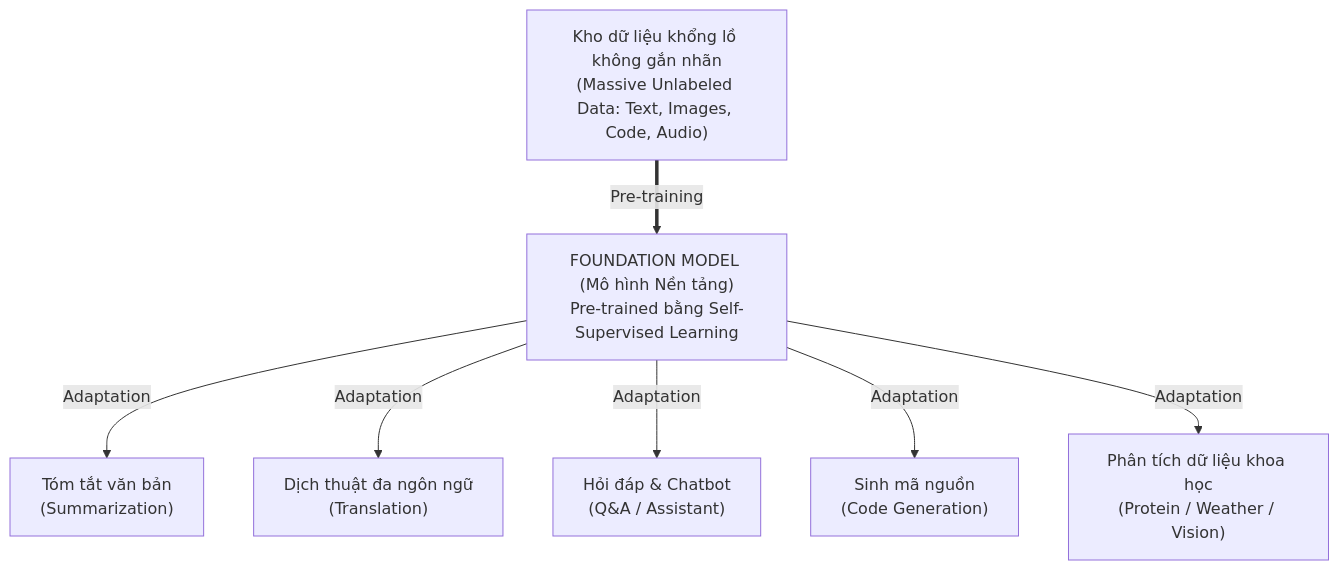
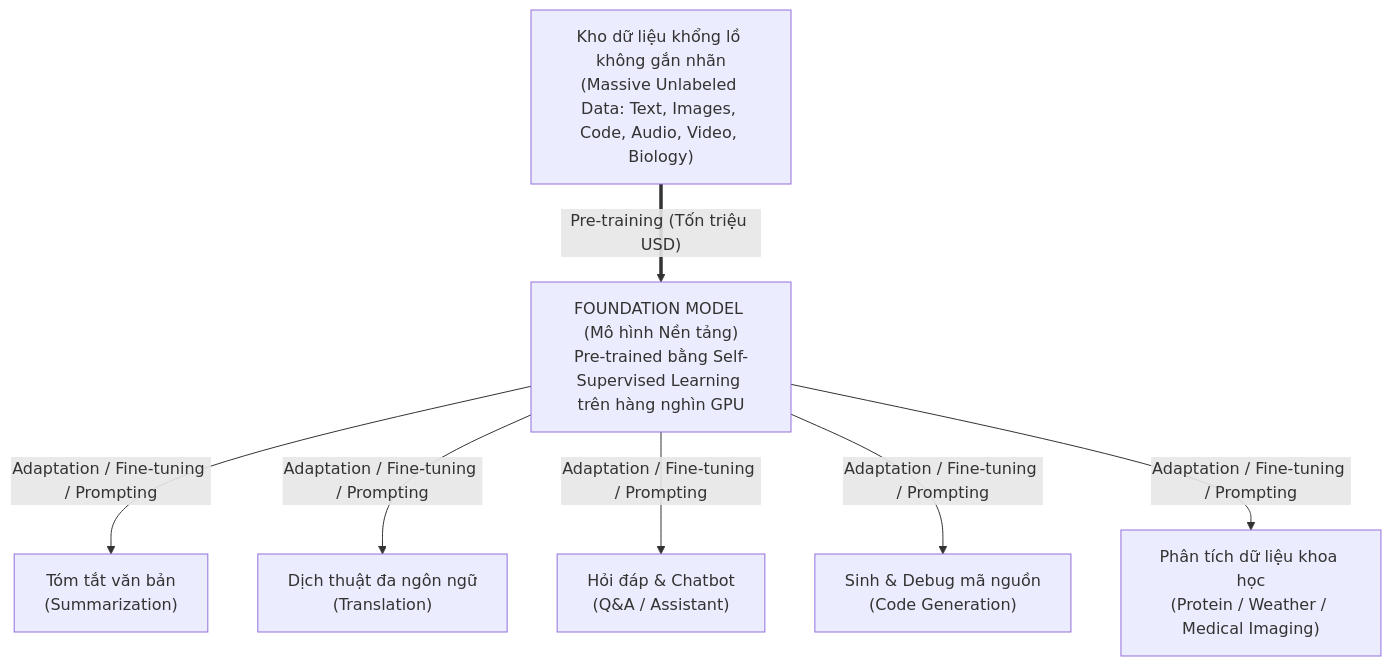
The second of 5 diagrams in Module_03_Generative_AI_and_LLM.md (nxthanh2904/nca-genl), drawn with Mermaid before and after one commit. The commit also changed other lines of this file and 11 other files, not shown here.

````diff
--- a/Module_03_Generative_AI_and_LLM.md
+++ b/Module_03_Generative_AI_and_LLM.md
@@ -55,15 +70,15 @@
 ```mermaid
 flowchart TD
-    Data["Kho dữ liệu khổng lồ không gắn nhãn<br/>(Massive Unlabeled Data: Text, Images, Code, Audio)"]
+    Data["Kho dữ liệu khổng lồ không gắn nhãn<br/>(Massive Unlabeled Data: Text, Images, Code, Audio, Video, Biology)"]
     
-    FM["FOUNDATION MODEL (Mô hình Nền tảng)<br/>Pre-trained bằng Self-Supervised Learning"]
+    FM["FOUNDATION MODEL (Mô hình Nền tảng)<br/>Pre-trained bằng Self-Supervised Learning trên hàng nghìn GPU"]
     
     T1["Tóm tắt văn bản<br/>(Summarization)"]
     T2["Dịch thuật đa ngôn ngữ<br/>(Translation)"]
     T3["Hỏi đáp & Chatbot<br/>(Q&A / Assistant)"]
-    T4["Sinh mã nguồn<br/>(Code Generation)"]
-    T5["Phân tích dữ liệu khoa học<br/>(Protein / Weather / Vision)"]
+    T4["Sinh & Debug mã nguồn<br/>(Code Generation)"]
+    T5["Phân tích dữ liệu khoa học<br/>(Protein / Weather / Medical Imaging)"]
 
-    Data ==>|"Pre-training"| FM
-    FM -->|Adaptation| T1 & T2 & T3 & T4 & T5
+    Data ==>|"Pre-training (Tốn triệu USD)"| FM
+    FM -->|Adaptation / Fine-tuning / Prompting| T1 & T2 & T3 & T4 & T5
 ```
````
